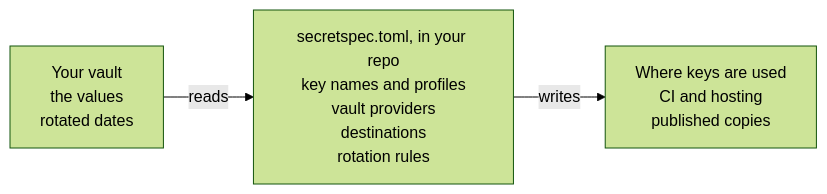
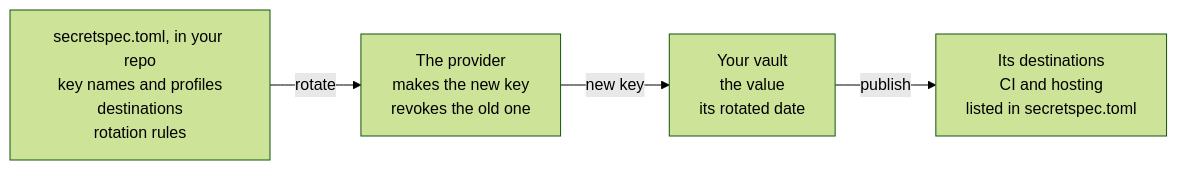
Before and after one commit to caiopizzol/keypin: the diagram in docs/introduction/how-it-works.md, drawn with Mermaid (forest theme). The commit also changed other lines of this file and 7 other files, not shown here.

Commit message:
docs: lead with rotating a key everywhere it's used (#386)

````diff
--- a/docs/introduction/how-it-works.md
+++ b/docs/introduction/how-it-works.md
@@ -7,5 +7,6 @@
 ```mermaid
 flowchart LR
-  vault["Your vault<br>the values<br>rotated dates"] -- reads --> map["secretspec.toml, in your repo<br>key names and profiles<br>vault providers<br>destinations<br>rotation rules"]
-  map -- writes --> used["Where keys are used<br>CI and hosting<br>published copies"]
+  map["secretspec.toml, in your repo<br>key names and profiles<br>destinations<br>rotation rules"] -- rotate --> provider["The provider<br>makes the new key<br>revokes the old one"]
+  provider -- new key --> vault["Your vault<br>the value<br>its rotated date"]
+  vault -- publish --> used["Its destinations<br>CI and hosting<br>listed in secretspec.toml"]
 ```
````
